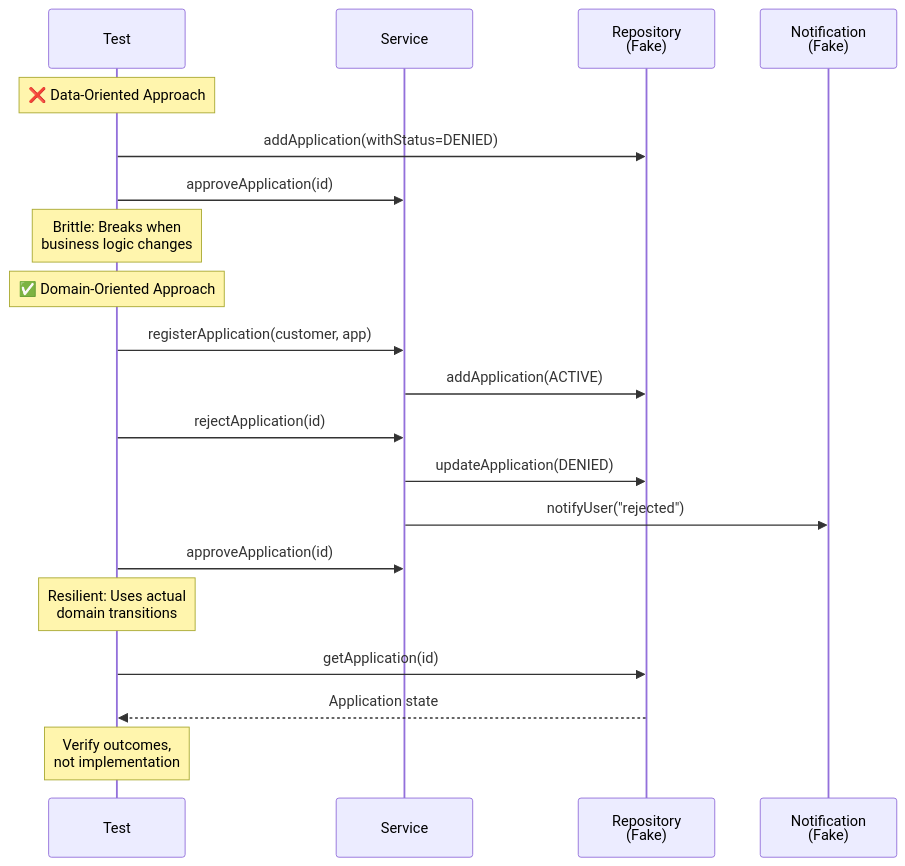
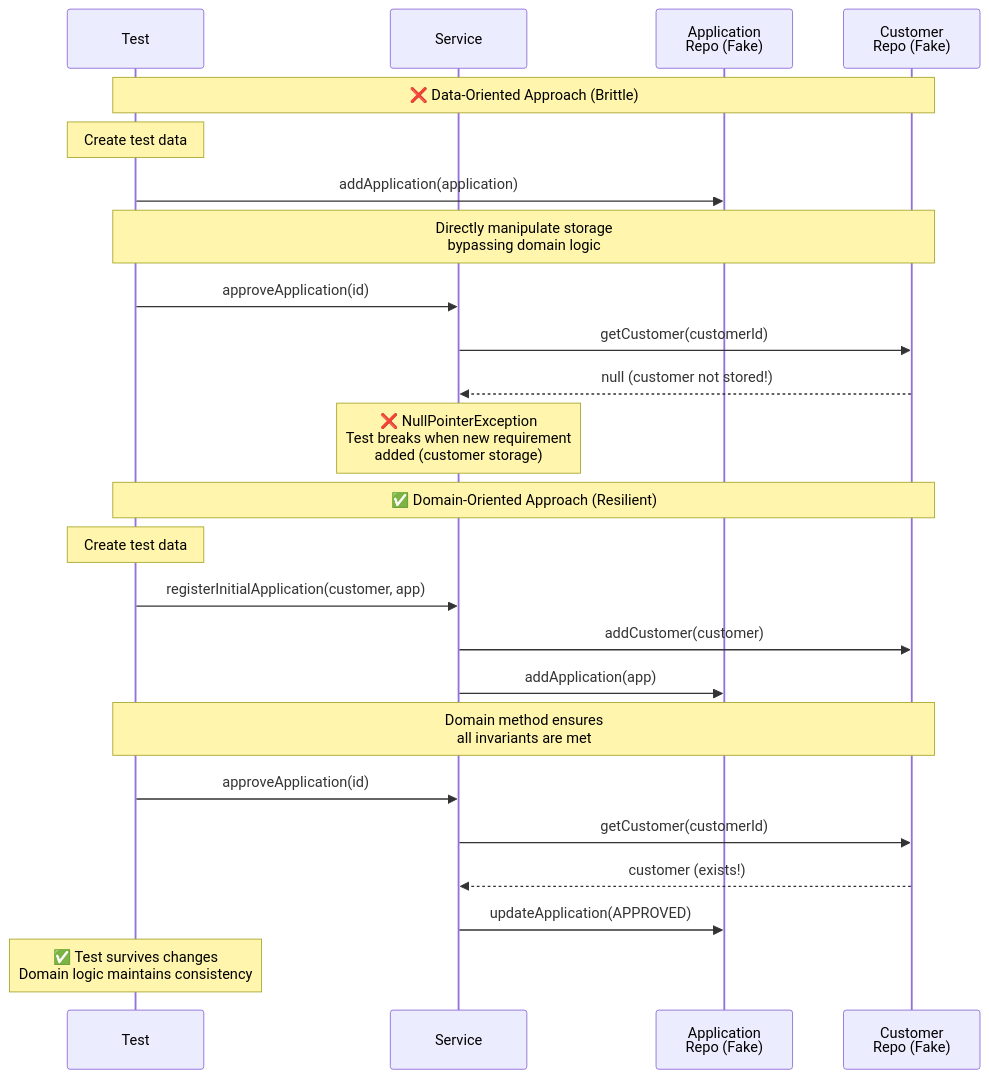
Before and after one commit to anderssv/the-example: the fourth of 8 diagrams in doc/tdd-concepts-overview.md, drawn with Mermaid. The commit also changed other lines of this file, not shown here.

````diff
--- a/doc/tdd-concepts-overview.md
+++ b/doc/tdd-concepts-overview.md
@@ -229,25 +128,28 @@
 ```mermaid
 sequenceDiagram
     participant Test
     participant Service
-    participant Repo as Repository<br/>(Fake)
-    participant Client as Notification<br/>(Fake)
+    participant AppRepo as Application<br/>Repo (Fake)
+    participant CustRepo as Customer<br/>Repo (Fake)
 
-    Note over Test: ❌ Data-Oriented Approach
-    Test->>Repo: addApplication(withStatus=DENIED)
+    Note over Test,CustRepo: ❌ Data-Oriented Approach (Brittle)
+    Note over Test: Create test data
+    Test->>AppRepo: addApplication(application)
+    Note over Test,CustRepo: Directly manipulate storage<br/>bypassing domain logic
     Test->>Service: approveApplication(id)
-    Note over Test: Brittle: Breaks when<br/>business logic changes
+    Service->>CustRepo: getCustomer(customerId)
+    CustRepo-->>Service: null (customer not stored!)
+    Note over Service: ❌ NullPointerException<br/>Test breaks when new requirement<br/>added (customer storage)
 
-    Note over Test: ✅ Domain-Oriented Approach
-    Test->>Service: registerApplication(customer, app)
-    Service->>Repo: addApplication(ACTIVE)
-    Test->>Service: rejectApplication(id)
-    Service->>Repo: updateApplication(DENIED)
-    Service->>Client: notifyUser("rejected")
+    Note over Test,CustRepo: ✅ Domain-Oriented Approach (Resilient)
+    Note over Test: Create test data
+    Test->>Service: registerInitialApplication(customer, app)
+    Service->>CustRepo: addCustomer(customer)
+    Service->>AppRepo: addApplication(app)
+    Note over Test,CustRepo: Domain method ensures<br/>all invariants are met
     Test->>Service: approveApplication(id)
-    Note over Test: Resilient: Uses actual<br/>domain transitions
-
-    Test->>Repo: getApplication(id)
-    Repo-->>Test: Application state
-    Note over Test: Verify outcomes,<br/>not implementation
+    Service->>CustRepo: getCustomer(customerId)
+    CustRepo-->>Service: customer (exists!)
+    Service->>AppRepo: updateApplication(APPROVED)
+    Note over Test: ✅ Test survives changes<br/>Domain logic maintains consistency
 ```
````
